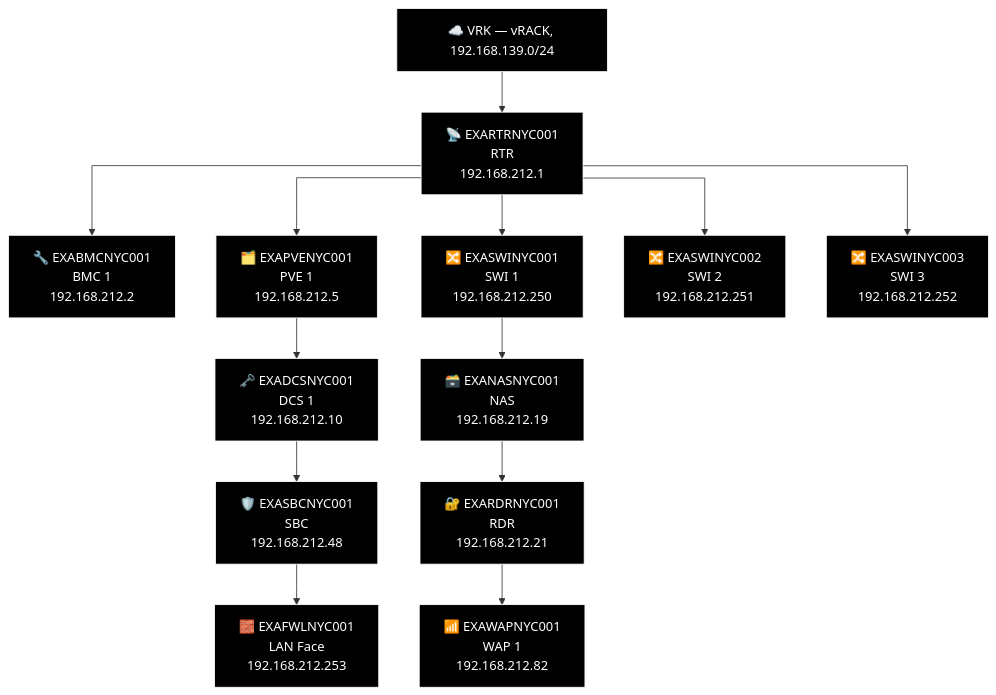
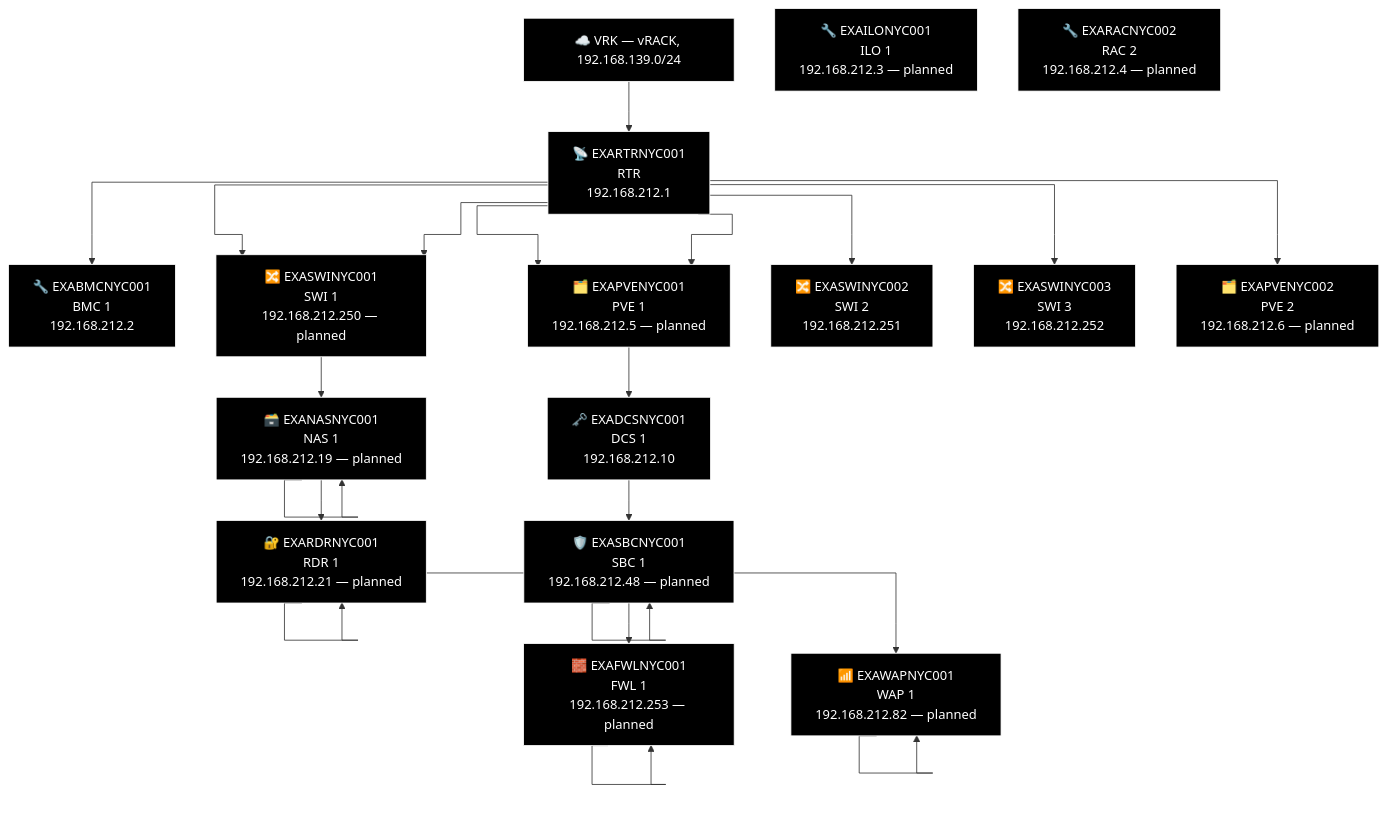
The sixth of 21 diagrams in docs/network-diagram/united-states.md (knightmare2600/example_music_infra), drawn with Mermaid before and after one commit. The commit also changed other lines of this file and 12 other files, not shown here.

````diff
--- a/docs/network-diagram/united-states.md
+++ b/docs/network-diagram/united-states.md
@@ -268,40 +280,63 @@
 ```mermaid
 %% GENERATED:TOPOLOGY:NYC:START
 %%{init: {'flowchart': {'curve': 'stepAfter'}}}%%
 graph TD
     T_VRK["☁️ VRK — vRACK, 192.168.139.0/24"]
     T_RTR["📡 EXARTRNYC001<br/>RTR<br/>192.168.212.1"]
     T_VRK --> T_RTR
     T_BMC["🔧 EXABMCNYC001<br/>BMC 1<br/>192.168.212.2"]
     T_RTR --> T_BMC
     T_PVE["🗂️ EXAPVENYC001<br/>PVE 1<br/>192.168.212.5"]
     T_RTR --> T_PVE
     T_SWI["🔀 EXASWINYC001<br/>SWI 1<br/>192.168.212.250"]
     T_RTR --> T_SWI
     T_SWI2["🔀 EXASWINYC002<br/>SWI 2<br/>192.168.212.251"]
     T_RTR --> T_SWI2
     T_SWI3["🔀 EXASWINYC003<br/>SWI 3<br/>192.168.212.252"]
     T_RTR --> T_SWI3
+    T_SWI["🔀 EXASWINYC001<br/>SWI 1<br/>192.168.212.250 — planned"]
+    T_RTR --> T_SWI
+    T_PVE["🗂️ EXAPVENYC001<br/>PVE 1<br/>192.168.212.5 — planned"]
+    T_RTR --> T_PVE
+    T_PVE2["🗂️ EXAPVENYC002<br/>PVE 2<br/>192.168.212.6 — planned"]
+    T_RTR --> T_PVE2
     T_NAS["🗃️ EXANASNYC001<br/>NAS<br/>192.168.212.19"]
+    T_NAS["🗃️ EXANASNYC001<br/>NAS 1<br/>192.168.212.19 — planned"]
     T_RDR["🔐 EXARDRNYC001<br/>RDR<br/>192.168.212.21"]
+    T_RDR["🔐 EXARDRNYC001<br/>RDR 1<br/>192.168.212.21 — planned"]
     T_WAP["📶 EXAWAPNYC001<br/>WAP 1<br/>192.168.212.82"]
-    T_SWI --> T_NAS --> T_RDR --> T_WAP
+    T_WAP["📶 EXAWAPNYC001<br/>WAP 1<br/>192.168.212.82 — planned"]
+    T_SWI --> T_NAS --> T_NAS --> T_RDR --> T_RDR --> T_WAP --> T_WAP
     T_DCS["🗝️ EXADCSNYC001<br/>DCS 1<br/>192.168.212.10"]
     T_SBC["🛡️ EXASBCNYC001<br/>SBC<br/>192.168.212.48"]
+    T_SBC["🛡️ EXASBCNYC001<br/>SBC 1<br/>192.168.212.48 — planned"]
     T_FWL["🧱 EXAFWLNYC001<br/>LAN Face<br/>192.168.212.253"]
-    T_PVE --> T_DCS --> T_SBC --> T_FWL
+    T_FWL["🧱 EXAFWLNYC001<br/>FWL 1<br/>192.168.212.253 — planned"]
+    T_PVE --> T_DCS --> T_SBC --> T_SBC --> T_FWL --> T_FWL
+    T_ILO["🔧 EXAILONYC001<br/>ILO 1<br/>192.168.212.3 — planned"]
+    T_RAC["🔧 EXARACNYC002<br/>RAC 2<br/>192.168.212.4 — planned"]
     style T_VRK fill:#000000,stroke:#FFFFFF,color:#FFFFFF
     style T_RTR fill:#000000,stroke:#FFFFFF,color:#FFFFFF
     style T_BMC fill:#000000,stroke:#FFFFFF,color:#FFFFFF
     style T_PVE fill:#000000,stroke:#FFFFFF,color:#FFFFFF
     style T_SWI fill:#000000,stroke:#FFFFFF,color:#FFFFFF
     style T_SWI2 fill:#000000,stroke:#FFFFFF,color:#FFFFFF
     style T_SWI3 fill:#000000,stroke:#FFFFFF,color:#FFFFFF
+    style T_SWI fill:#000000,stroke:#FFFFFF,color:#FFFFFF
+    style T_PVE fill:#000000,stroke:#FFFFFF,color:#FFFFFF
+    style T_PVE2 fill:#000000,stroke:#FFFFFF,color:#FFFFFF
+    style T_NAS fill:#000000,stroke:#FFFFFF,color:#FFFFFF
     style T_NAS fill:#000000,stroke:#FFFFFF,color:#FFFFFF
     style T_RDR fill:#000000,stroke:#FFFFFF,color:#FFFFFF
+    style T_RDR fill:#000000,stroke:#FFFFFF,color:#FFFFFF
+    style T_WAP fill:#000000,stroke:#FFFFFF,color:#FFFFFF
     style T_WAP fill:#000000,stroke:#FFFFFF,color:#FFFFFF
     style T_DCS fill:#000000,stroke:#FFFFFF,color:#FFFFFF
     style T_SBC fill:#000000,stroke:#FFFFFF,color:#FFFFFF
+    style T_SBC fill:#000000,stroke:#FFFFFF,color:#FFFFFF
     style T_FWL fill:#000000,stroke:#FFFFFF,color:#FFFFFF
+    style T_FWL fill:#000000,stroke:#FFFFFF,color:#FFFFFF
+    style T_ILO fill:#000000,stroke:#FFFFFF,color:#FFFFFF
+    style T_RAC fill:#000000,stroke:#FFFFFF,color:#FFFFFF
 %% GENERATED:TOPOLOGY:NYC:END
 ```
````
